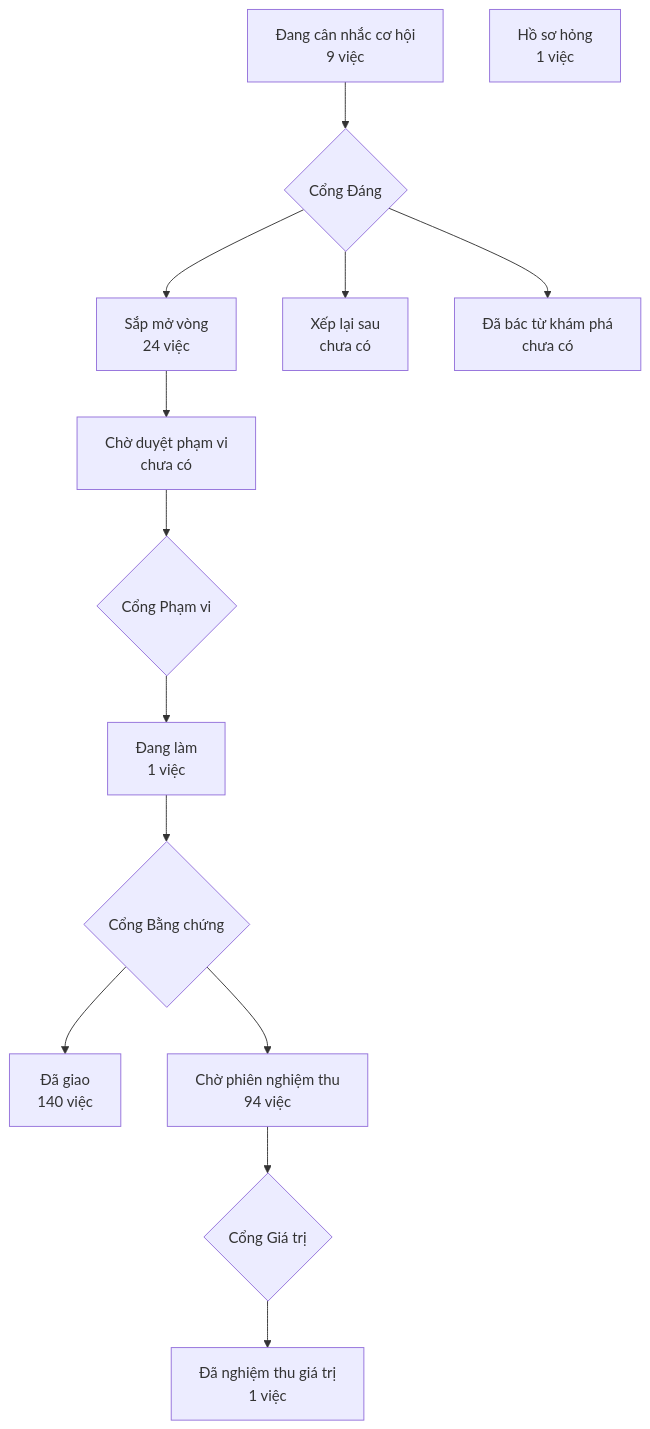
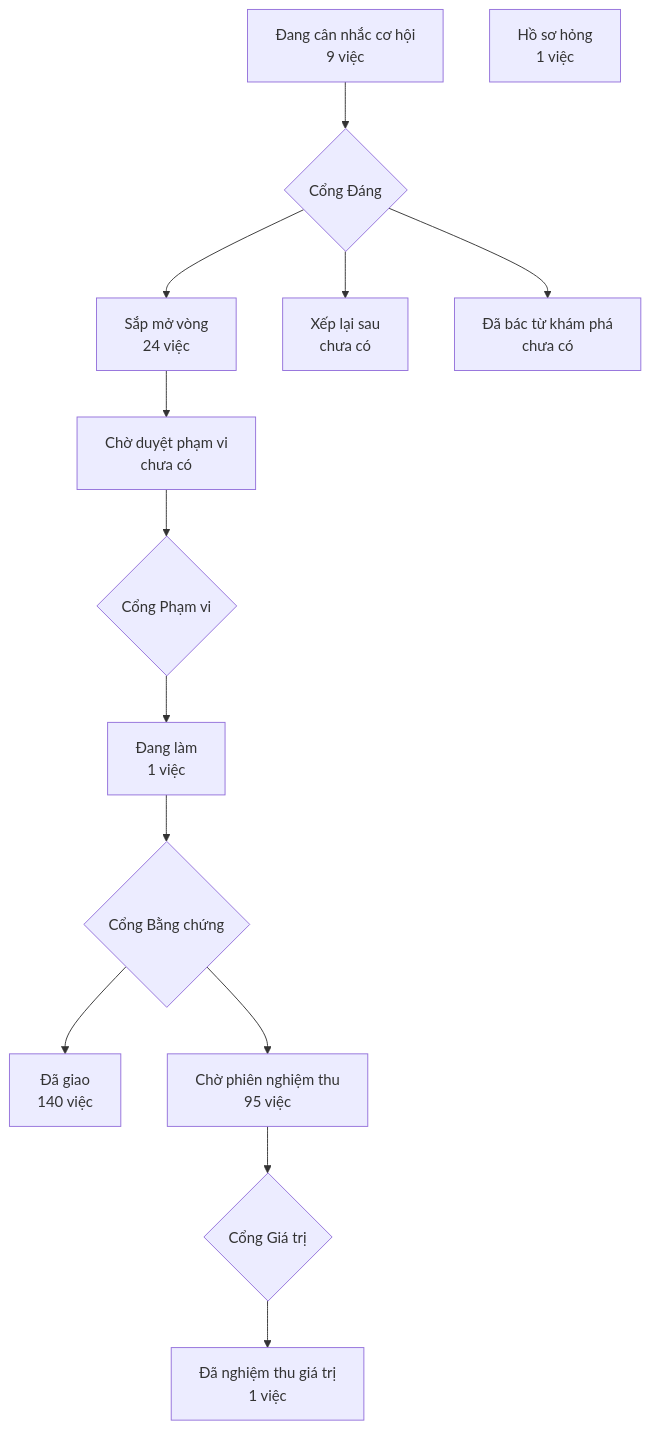
The diagram in PRODUCT-MAP.md (phanlemanh/crm-onehub), drawn with Mermaid before and after one commit. The commit also changed other lines of this file and 1 other file, not shown here.

Commit message:
chore: vẽ lại bản đồ sản phẩm bằng kit 2.28.0 trên cây sạch sau gộp onehub

````diff
--- a/PRODUCT-MAP.md
+++ b/PRODUCT-MAP.md
@@ -7,13 +7,13 @@
 ```mermaid
 flowchart TD
   A["Đang cân nhắc cơ hội<br/>9 việc"] --> GD{"Cổng Đáng"}
   GD --> B["Sắp mở vòng<br/>24 việc"]
   GD --> XL["Xếp lại sau<br/>chưa có"]
   GD --> DB["Đã bác từ khám phá<br/>chưa có"]
   B --> CD["Chờ duyệt phạm vi<br/>chưa có"] --> GP{"Cổng Phạm vi"}
   GP --> DL["Đang làm<br/>1 việc"] --> GB{"Cổng Bằng chứng"}
   GB --> DG["Đã giao<br/>140 việc"]
-  GB --> CN["Chờ phiên nghiệm thu<br/>94 việc"] --> GG{"Cổng Giá trị"}
+  GB --> CN["Chờ phiên nghiệm thu<br/>95 việc"] --> GG{"Cổng Giá trị"}
   GG --> NT["Đã nghiệm thu giá trị<br/>1 việc"]
   HS["Hồ sơ hỏng<br/>1 việc"]
 ```
````
